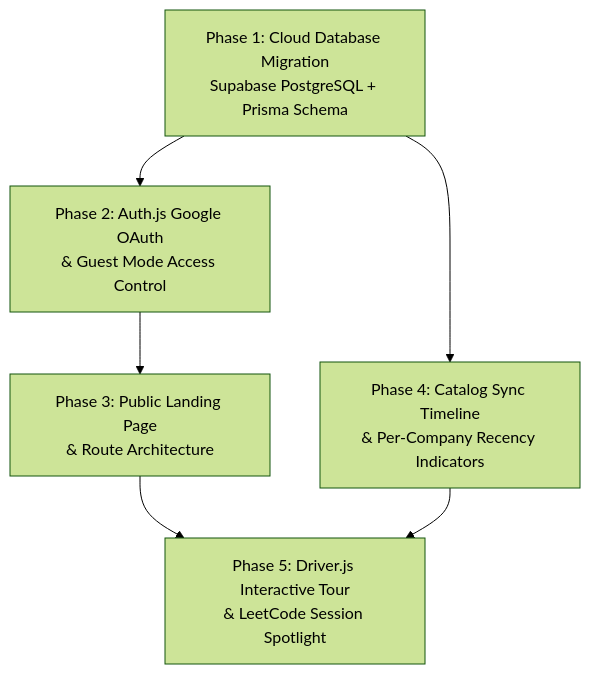
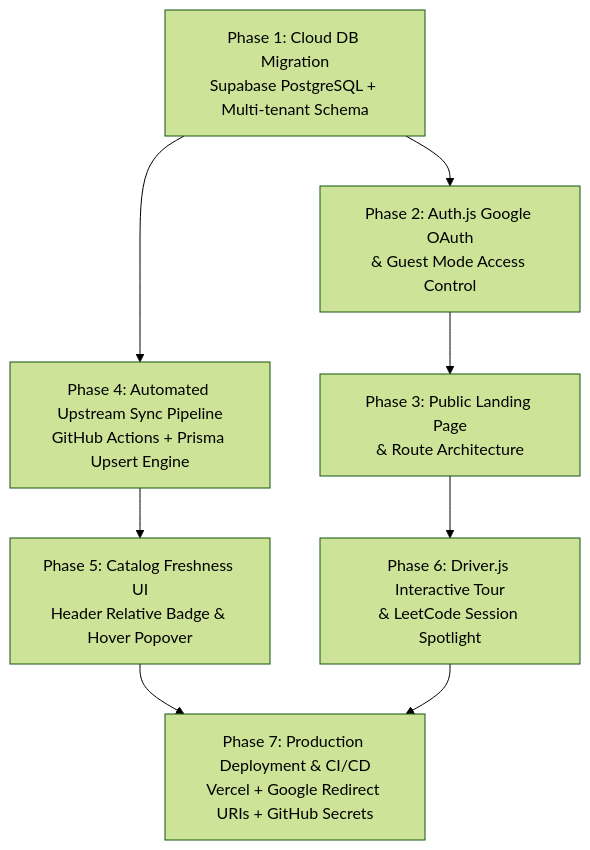
One commit to 01MASTERS/Leetcode-Companion changed the diagram in ROADMAP.md. Above: the diagram before and after it, drawn with Mermaid (forest theme). The commit also changed other lines of this file and 1 other file, not shown here.

Commit message:
docs: formalize complete 7-phase architecture incorporating Approach 2 and deployment

````diff
--- a/ROADMAP.md
+++ b/ROADMAP.md
@@ -183,8 +223,10 @@
 ```mermaid
 graph TD
-    P1[Phase 1: Cloud Database Migration<br/>Supabase PostgreSQL + Prisma Schema] --> P2[Phase 2: Auth.js Google OAuth<br/>& Guest Mode Access Control]
+    P1[Phase 1: Cloud DB Migration<br/>Supabase PostgreSQL + Multi-tenant Schema] --> P2[Phase 2: Auth.js Google OAuth<br/>& Guest Mode Access Control]
     P2 --> P3[Phase 3: Public Landing Page<br/>& Route Architecture]
-    P1 --> P4[Phase 4: Catalog Sync Timeline<br/>& Per-Company Recency Indicators]
-    P3 --> P5[Phase 5: Driver.js Interactive Tour<br/>& LeetCode Session Spotlight]
-    P4 --> P5
+    P1 --> P4[Phase 4: Automated Upstream Sync Pipeline<br/>GitHub Actions + Prisma Upsert Engine]
+    P4 --> P5[Phase 5: Catalog Freshness UI<br/>Header Relative Badge & Hover Popover]
+    P3 --> P6[Phase 6: Driver.js Interactive Tour<br/>& LeetCode Session Spotlight]
+    P5 --> P7[Phase 7: Production Deployment & CI/CD<br/>Vercel + Google Redirect URIs + GitHub Secrets]
+    P6 --> P7
 ```
````
